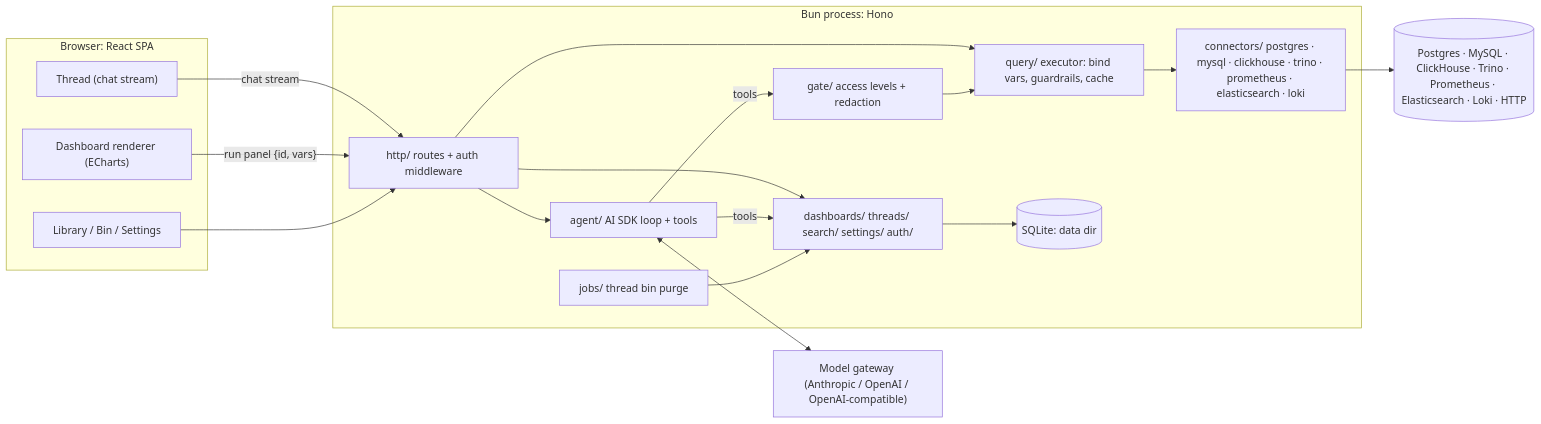
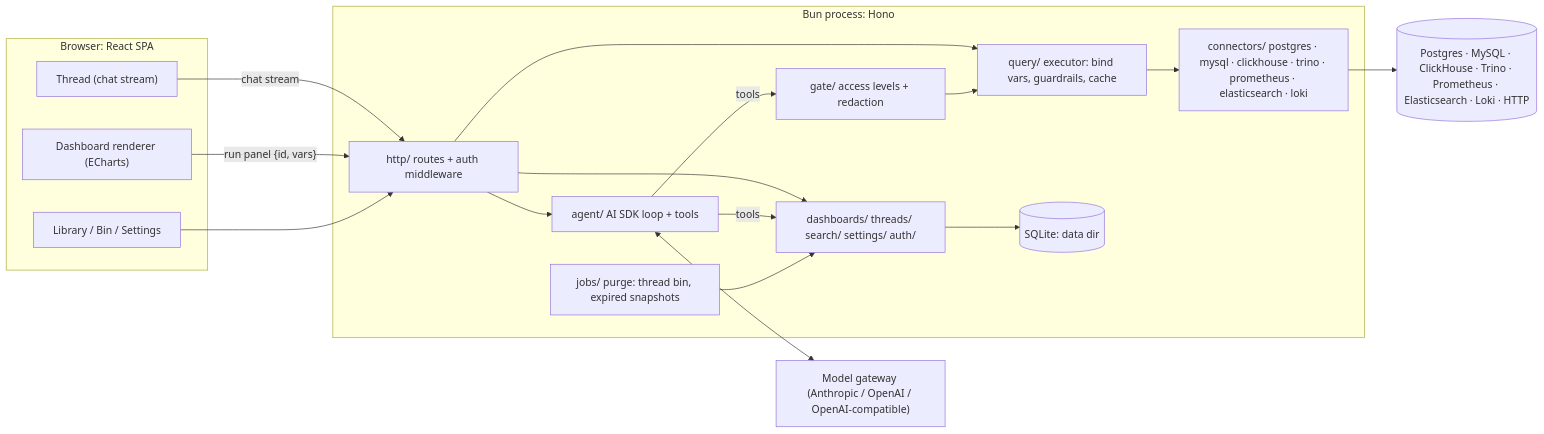
One commit to jboix/quanthea changed the first of 2 diagrams in docs/architecture.md. Above: the diagram before and after it, drawn with Mermaid. The commit also changed other lines of this file and 22 other files, not shown here.

````diff
--- a/docs/architecture.md
+++ b/docs/architecture.md
@@ -13,37 +13,37 @@
 ```mermaid
 flowchart LR
   subgraph Browser["Browser: React SPA"]
     Thread["Thread (chat stream)"]
     Dash["Dashboard renderer (ECharts)"]
     Lib["Library / Bin / Settings"]
   end
 
   subgraph Server["Bun process: Hono"]
     HTTP["http/ routes + auth middleware"]
     Agent["agent/ AI SDK loop + tools"]
     Gate["gate/ access levels + redaction"]
     Query["query/ executor: bind vars, guardrails, cache"]
     Conn["connectors/ postgres · mysql · clickhouse · trino · prometheus · elasticsearch · loki"]
     Dom["dashboards/ threads/ search/ settings/ auth/"]
     DB[("SQLite: data dir")]
-    Jobs["jobs/ thread bin purge"]
+    Jobs["jobs/ purge: thread bin, expired snapshots"]
   end
 
   LLM["Model gateway (Anthropic / OpenAI / OpenAI-compatible)"]
   Sources[("Postgres · MySQL · ClickHouse · Trino · Prometheus · Elasticsearch · Loki · HTTP")]
 
   Thread -- "chat stream" --> HTTP
   Dash -- "run panel {id, vars}" --> HTTP
   Lib --> HTTP
   HTTP --> Agent
   HTTP --> Dom
   HTTP --> Query
   Agent -- tools --> Gate
   Agent -- tools --> Dom
   Agent <--> LLM
   Gate --> Query
   Query --> Conn
   Conn --> Sources
   Dom --> DB
   Jobs --> Dom
 ```
````
